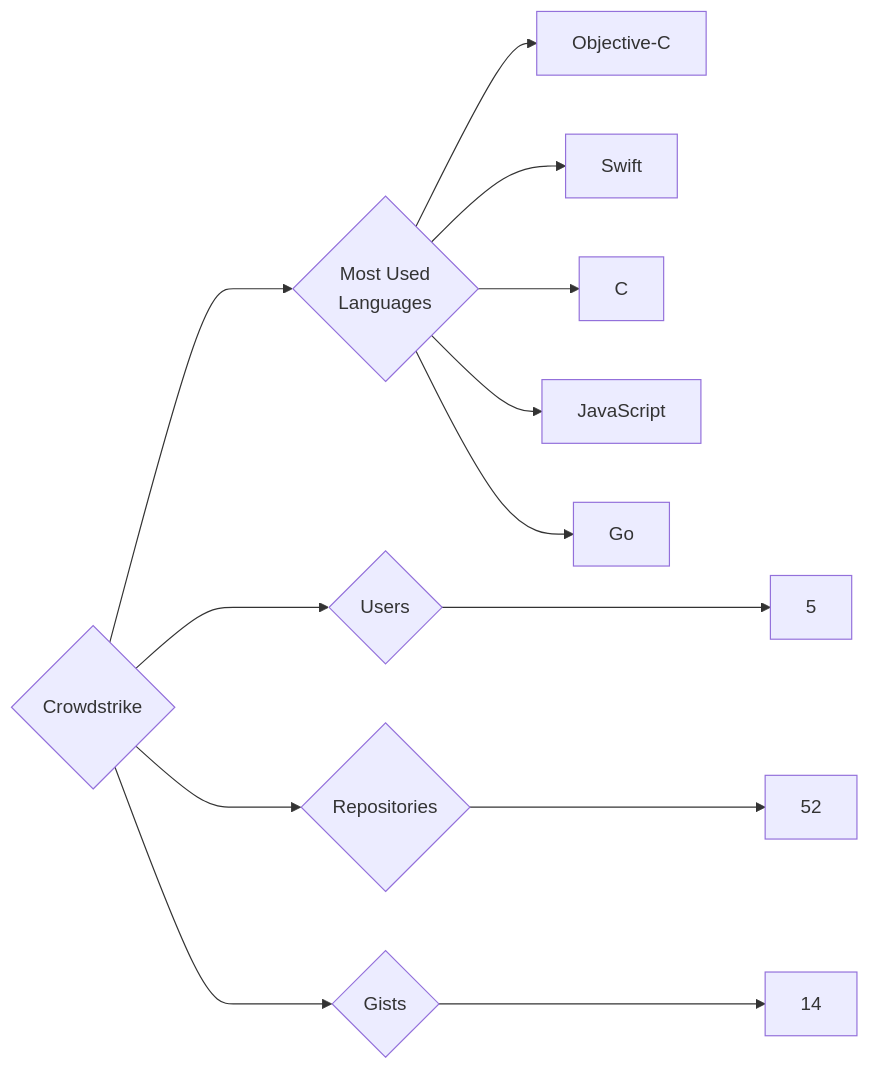
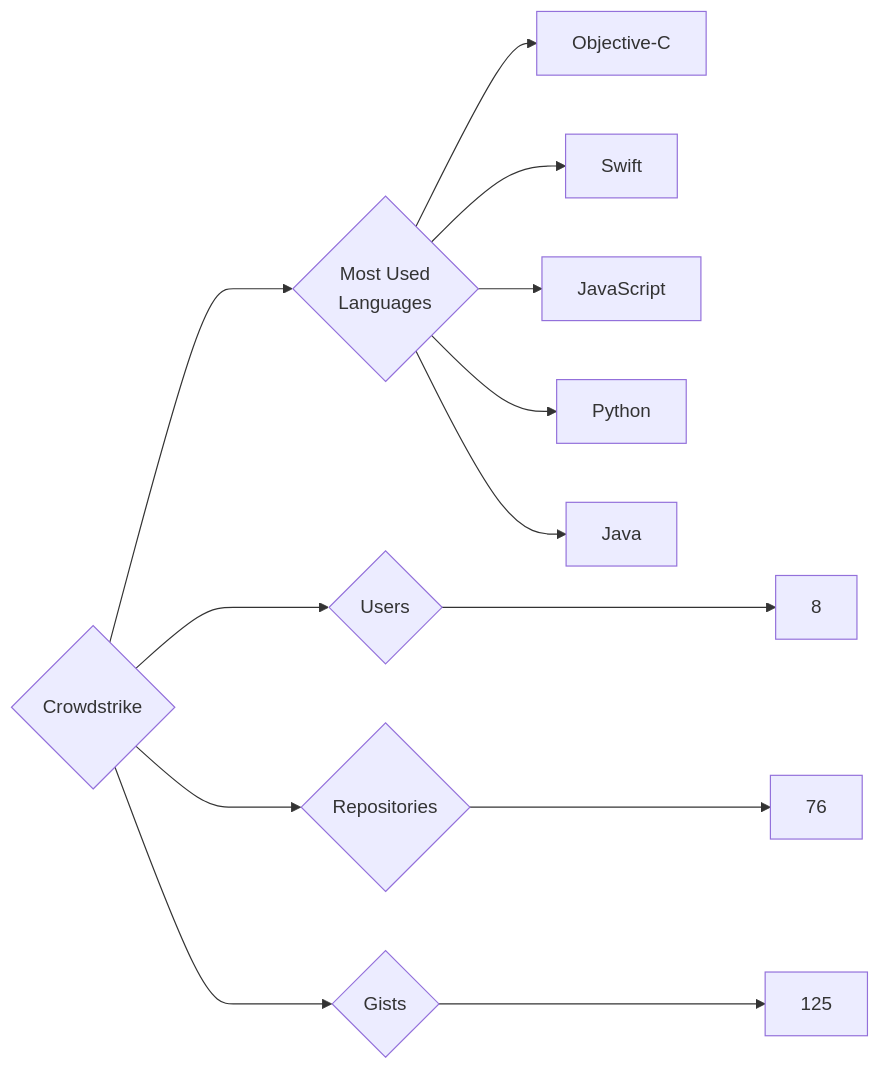
Before and after one commit to trickest/insiders: the diagram in targets/Crowdstrike/README.md, drawn with Mermaid. The commit also changed 865 other files, not shown here.

````diff
--- a/targets/Crowdstrike/README.md
+++ b/targets/Crowdstrike/README.md
@@ -3,13 +3,13 @@
 ```mermaid
 graph LR
 COMPANY_NAME{Crowdstrike}
-COMPANY_NAME ---> U{Users} ---> UN[5]
-COMPANY_NAME ---> R{Repositories} ---> RN[52]
-COMPANY_NAME ---> G{Gists} ---> GN[14]
+COMPANY_NAME ---> U{Users} ---> UN[8]
+COMPANY_NAME ---> R{Repositories} ---> RN[76]
+COMPANY_NAME ---> G{Gists} ---> GN[125]
 COMPANY_NAME ---> ML{Most Used<br>Languages}
 ML --> Objective-C[Objective-C]
 ML --> Swift[Swift]
-ML --> C[C]
 ML --> JavaScript[JavaScript]
-ML --> Go[Go]
+ML --> Python[Python]
+ML --> Java[Java]
 ```
````
